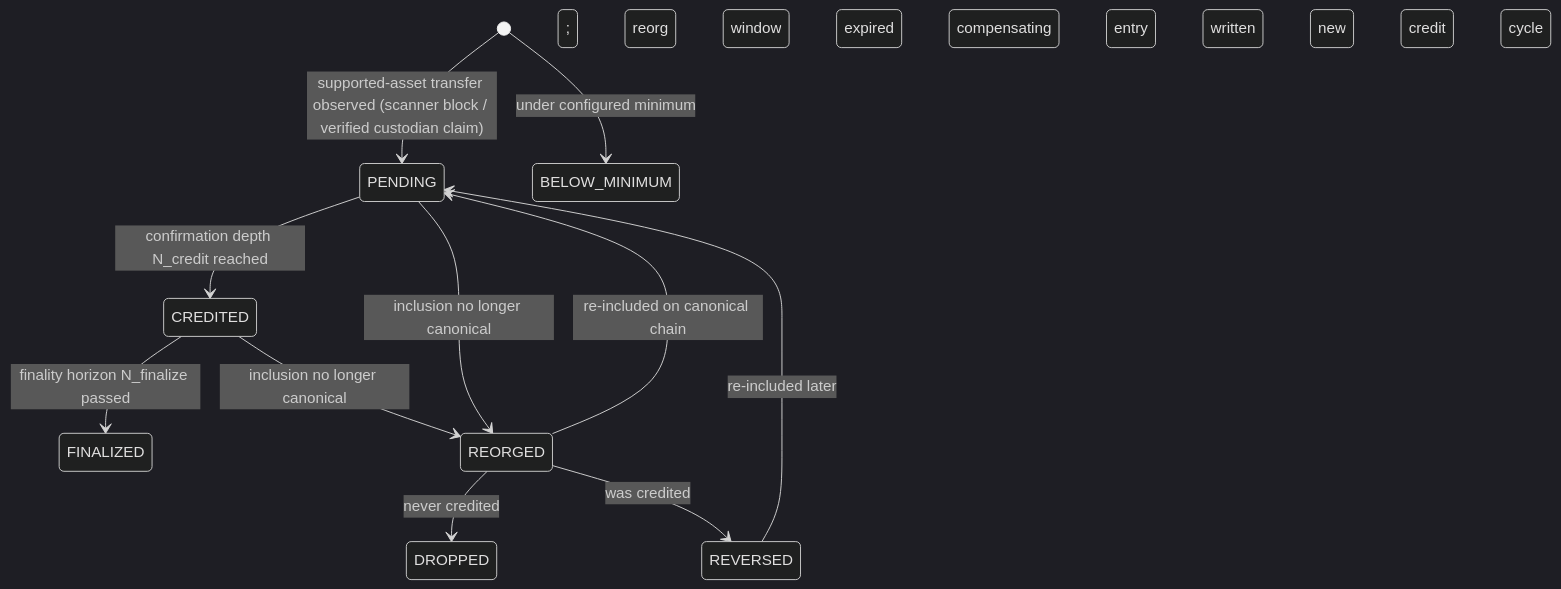
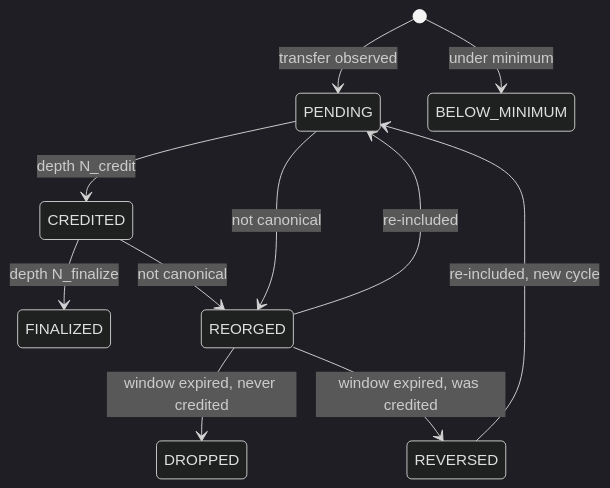
Before and after one commit to peterzzshi/multi-chain-deposit-crediting-system: the diagram in docs/state-machine.md, drawn with Mermaid (dark theme). The commit also changed other lines of this file and 11 other files, not shown here.

````diff
--- a/docs/state-machine.md
+++ b/docs/state-machine.md
@@ -5,15 +5,15 @@
 ```mermaid
 stateDiagram-v2
-    [*] --> PENDING: supported-asset transfer observed (scanner block / verified custodian claim)
-    [*] --> BELOW_MINIMUM: under configured minimum
+    [*] --> PENDING: transfer observed
+    [*] --> BELOW_MINIMUM: under minimum
 
-    PENDING --> CREDITED: confirmation depth N_credit reached
-    CREDITED --> FINALIZED: finality horizon N_finalize passed
+    PENDING --> CREDITED: depth N_credit
+    CREDITED --> FINALIZED: depth N_finalize
 
-    PENDING --> REORGED: inclusion no longer canonical
-    CREDITED --> REORGED: inclusion no longer canonical
-    REORGED --> PENDING: re-included on canonical chain
-    REORGED --> DROPPED: never credited; reorg window expired
-    REORGED --> REVERSED: was credited; compensating entry written
-    REVERSED --> PENDING: re-included later; new credit cycle
+    PENDING --> REORGED: not canonical
+    CREDITED --> REORGED: not canonical
+    REORGED --> PENDING: re-included
+    REORGED --> DROPPED: window expired, never credited
+    REORGED --> REVERSED: window expired, was credited
+    REVERSED --> PENDING: re-included, new cycle
 ```
````
